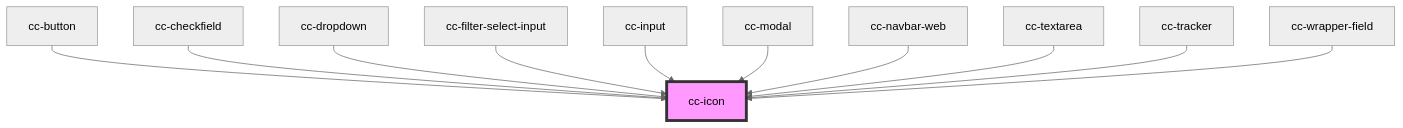
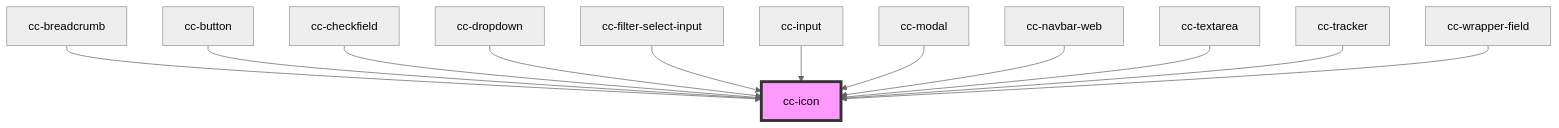
One commit to lacafetalab/cafeta-components changed the diagram in packages/core/src/components/cc-icon/readme.md. Above: the diagram before and after it, drawn with Mermaid (neutral theme). The commit also changed other lines of this file and 3 other files, not shown here.

````diff
--- a/packages/core/src/components/cc-icon/readme.md
+++ b/packages/core/src/components/cc-icon/readme.md
@@ -32,14 +33,15 @@
 ```mermaid
 graph TD;
+  cc-breadcrumb --> cc-icon
   cc-button --> cc-icon
   cc-checkfield --> cc-icon
   cc-dropdown --> cc-icon
   cc-filter-select-input --> cc-icon
   cc-input --> cc-icon
   cc-modal --> cc-icon
   cc-navbar-web --> cc-icon
   cc-textarea --> cc-icon
   cc-tracker --> cc-icon
   cc-wrapper-field --> cc-icon
   style cc-icon fill:#f9f,stroke:#333,stroke-width:4px
 ```
````
